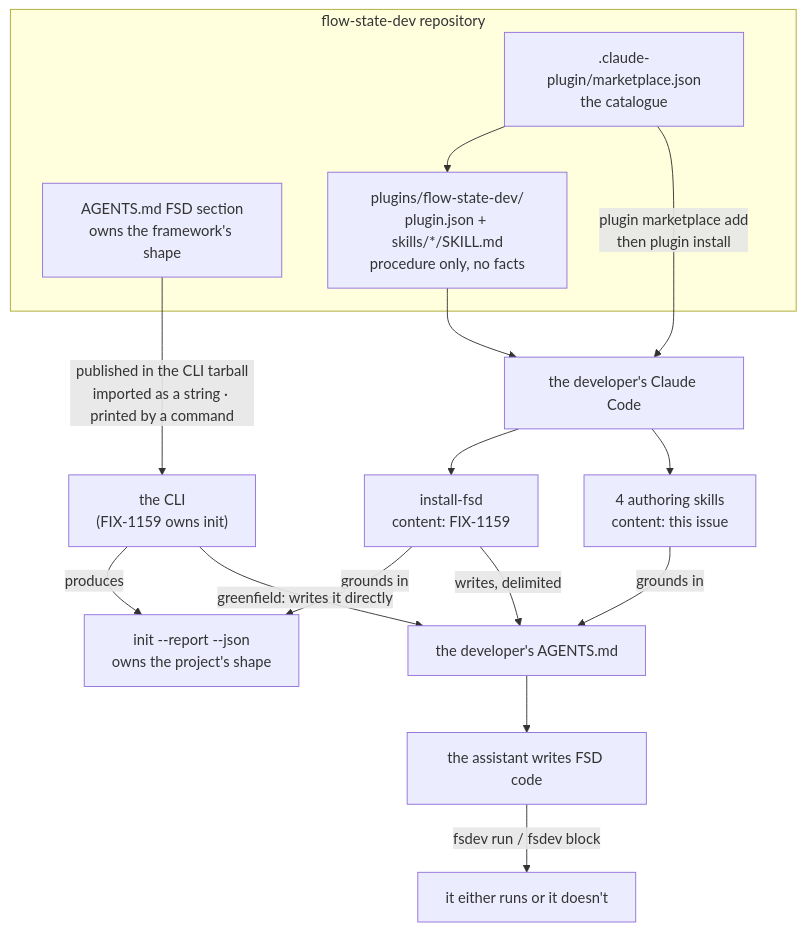
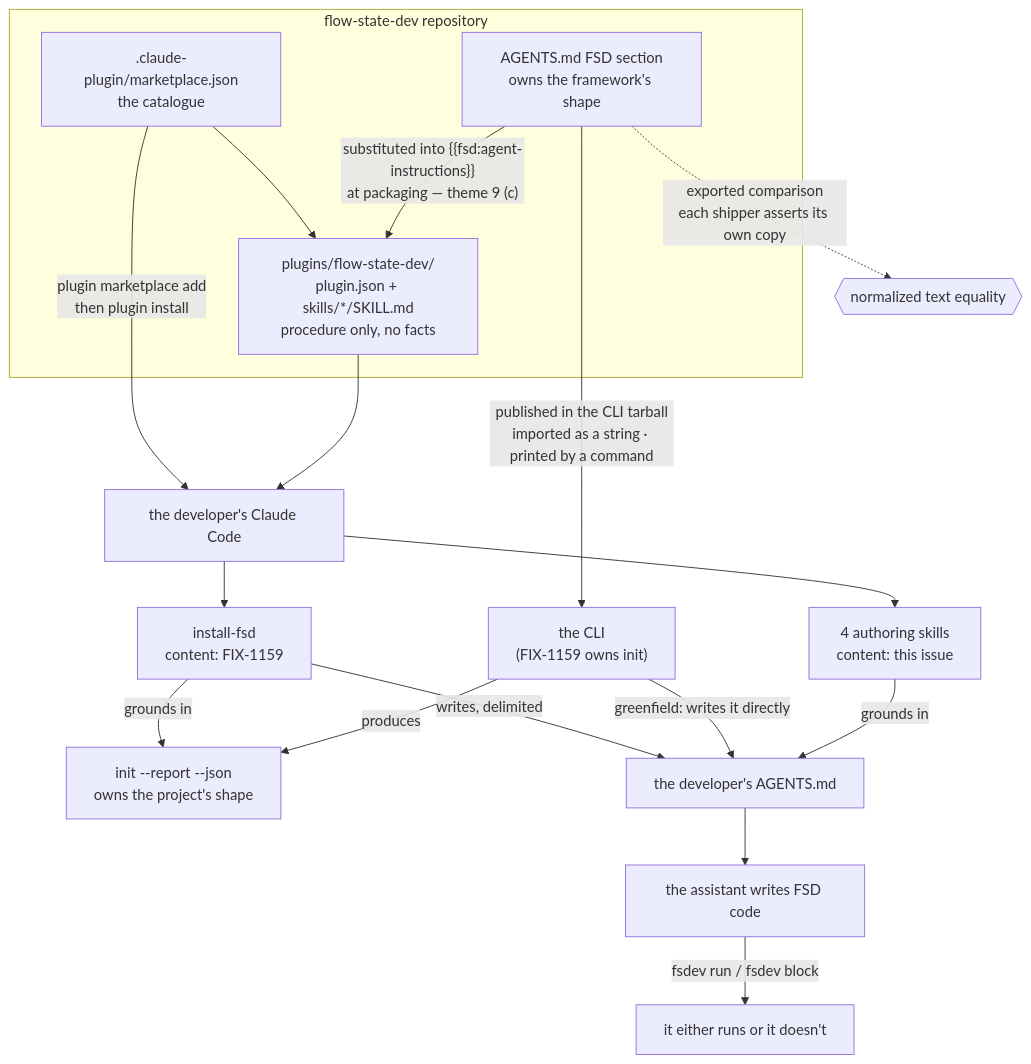
The diagram in spec/FIX-1160.md (fixpoint-labs/flow-state-dev), drawn with Mermaid before and after one commit. The commit also changed other lines of this file, not shown here.

First line of the commit message:
spec(FIX-1160): fold epic theme 9; make three acceptance steps able to fail

````diff
--- a/spec/FIX-1160.md
+++ b/spec/FIX-1160.md
@@ -313,24 +329,26 @@
 ```mermaid
 flowchart TD
   subgraph repo["flow-state-dev repository"]
     C["AGENTS.md FSD section<br/>owns the framework's shape"]
     M[".claude-plugin/marketplace.json<br/>the catalogue"]
     P["plugins/flow-state-dev/<br/>plugin.json + skills/*/SKILL.md<br/>procedure only, no facts"]
     M --> P
   end
 
   C -->|"published in the CLI tarball<br/>imported as a string · printed by a command"| I["the CLI<br/>(FIX-1159 owns init)"]
+  C -->|"substituted into {{fsd:agent-instructions}}<br/>at packaging — theme 9 (c)"| P
+  C -.->|"exported comparison<br/>each shipper asserts its own copy"| CHK{{"normalized text equality"}}
   M -->|"plugin marketplace add<br/>then plugin install"| C2["the developer's Claude Code"]
   P --> C2
 
   C2 --> IS["install-fsd<br/>content: FIX-1159"]
   C2 --> AS["4 authoring skills<br/>content: this issue"]
 
   IS -->|"grounds in"| R["init --report --json<br/>owns the project's shape"]
   IS -->|"writes, delimited"| A["the developer's AGENTS.md"]
   I -->|"produces"| R
   I -->|"greenfield: writes it directly"| A
   AS -->|"grounds in"| A
   A --> ASST["the assistant writes FSD code"]
   ASST -->|"fsdev run / fsdev block"| V["it either runs or it doesn't"]
 ```
````
